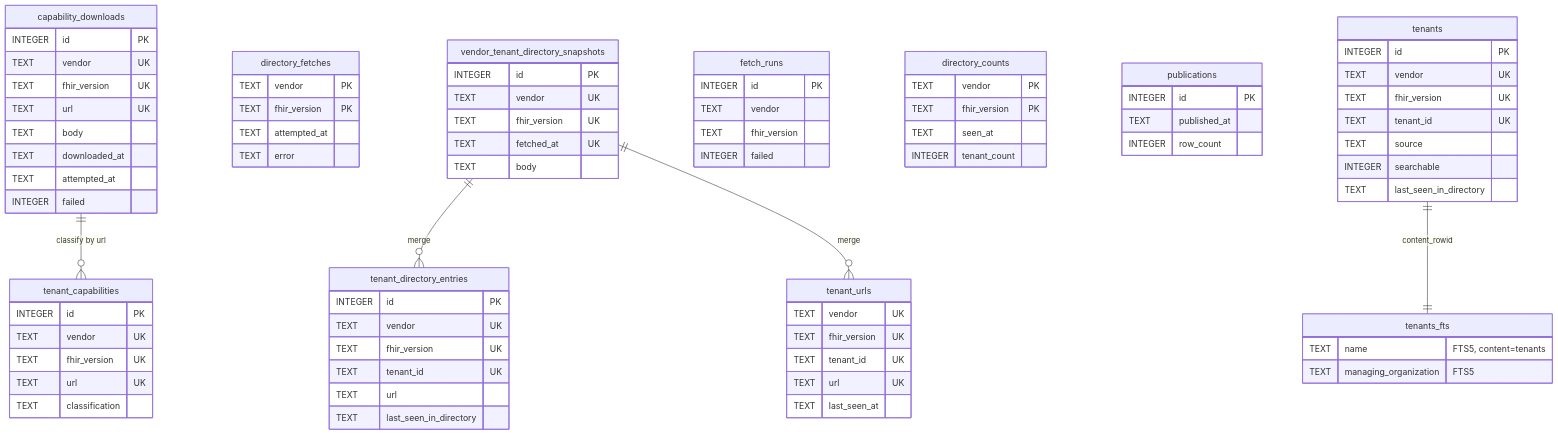
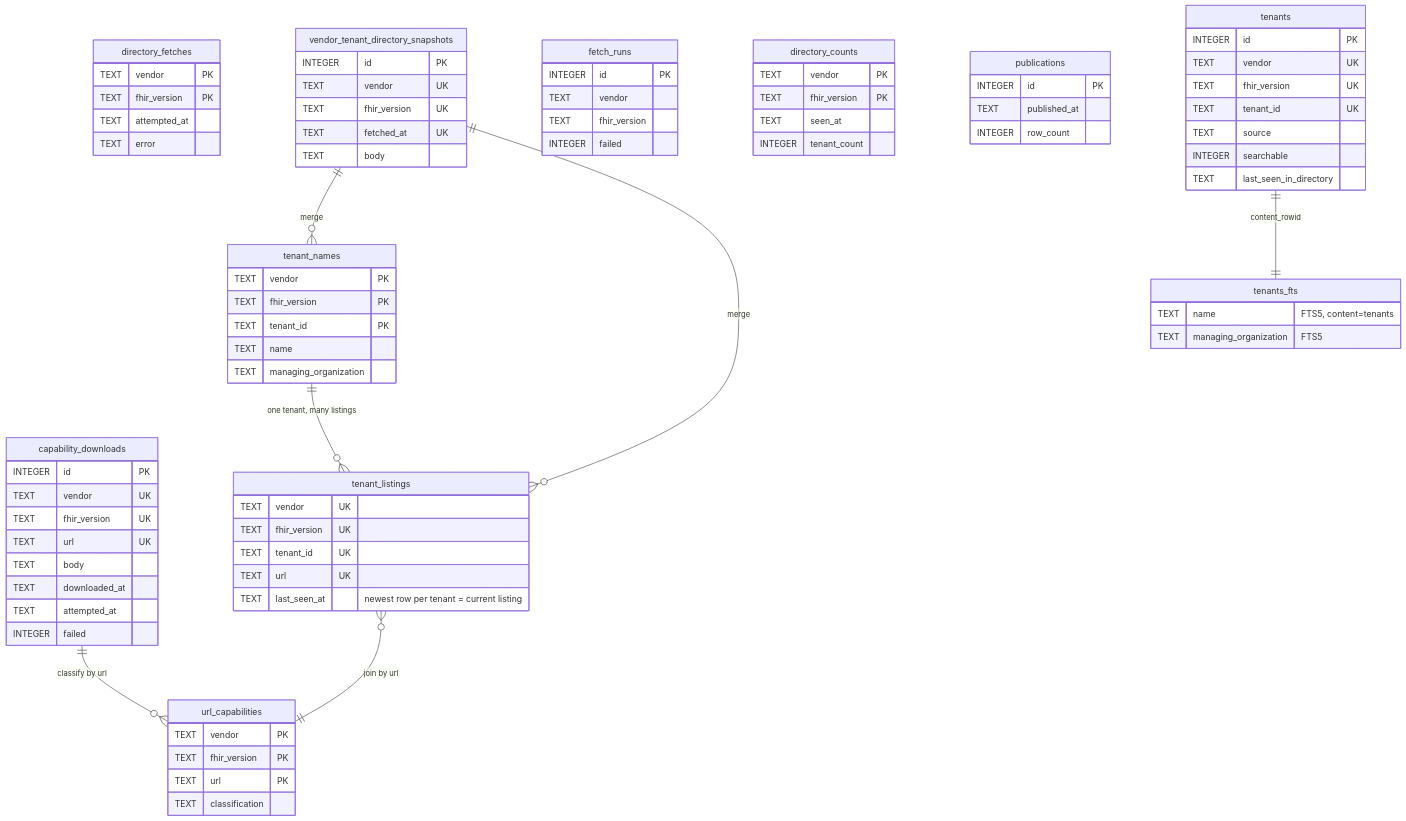
Before and after one commit to cfu288/mere-medical: the first of 2 diagrams in libs/emr-pipeline/README.md, drawn with Mermaid. The commit also changed other lines of this file and 7 other files, not shown here.

Commit message:
refactor(emr-pipeline): normalize the derived layer into names, listings, and capabilities

````diff
--- a/libs/emr-pipeline/README.md
+++ b/libs/emr-pipeline/README.md
@@ -137,26 +144,24 @@
     TEXT published_at
     INTEGER row_count
   }
-  tenant_directory_entries {
-    INTEGER id PK
-    TEXT vendor UK
-    TEXT fhir_version UK
-    TEXT tenant_id UK
-    TEXT url
-    TEXT last_seen_in_directory
+  tenant_names {
+    TEXT vendor PK
+    TEXT fhir_version PK
+    TEXT tenant_id PK
+    TEXT name
+    TEXT managing_organization
   }
-  tenant_urls {
+  tenant_listings {
     TEXT vendor UK
     TEXT fhir_version UK
     TEXT tenant_id UK
     TEXT url UK
-    TEXT last_seen_at
+    TEXT last_seen_at "newest row per tenant = current listing"
   }
-  tenant_capabilities {
-    INTEGER id PK
-    TEXT vendor UK
-    TEXT fhir_version UK
-    TEXT url UK
+  url_capabilities {
+    TEXT vendor PK
+    TEXT fhir_version PK
+    TEXT url PK
     TEXT classification
   }
   tenants {
@@ -173,8 +178,10 @@
     TEXT managing_organization "FTS5"
   }
 
-  vendor_tenant_directory_snapshots ||--o{ tenant_directory_entries : "merge"
-  vendor_tenant_directory_snapshots ||--o{ tenant_urls : "merge"
-  capability_downloads ||--o{ tenant_capabilities : "classify by url"
+  vendor_tenant_directory_snapshots ||--o{ tenant_names : "merge"
+  vendor_tenant_directory_snapshots ||--o{ tenant_listings : "merge"
+  capability_downloads ||--o{ url_capabilities : "classify by url"
+  tenant_names ||--o{ tenant_listings : "one tenant, many listings"
+  tenant_listings }o--|| url_capabilities : "join by url"
   tenants ||--|| tenants_fts : content_rowid
 ```
````
